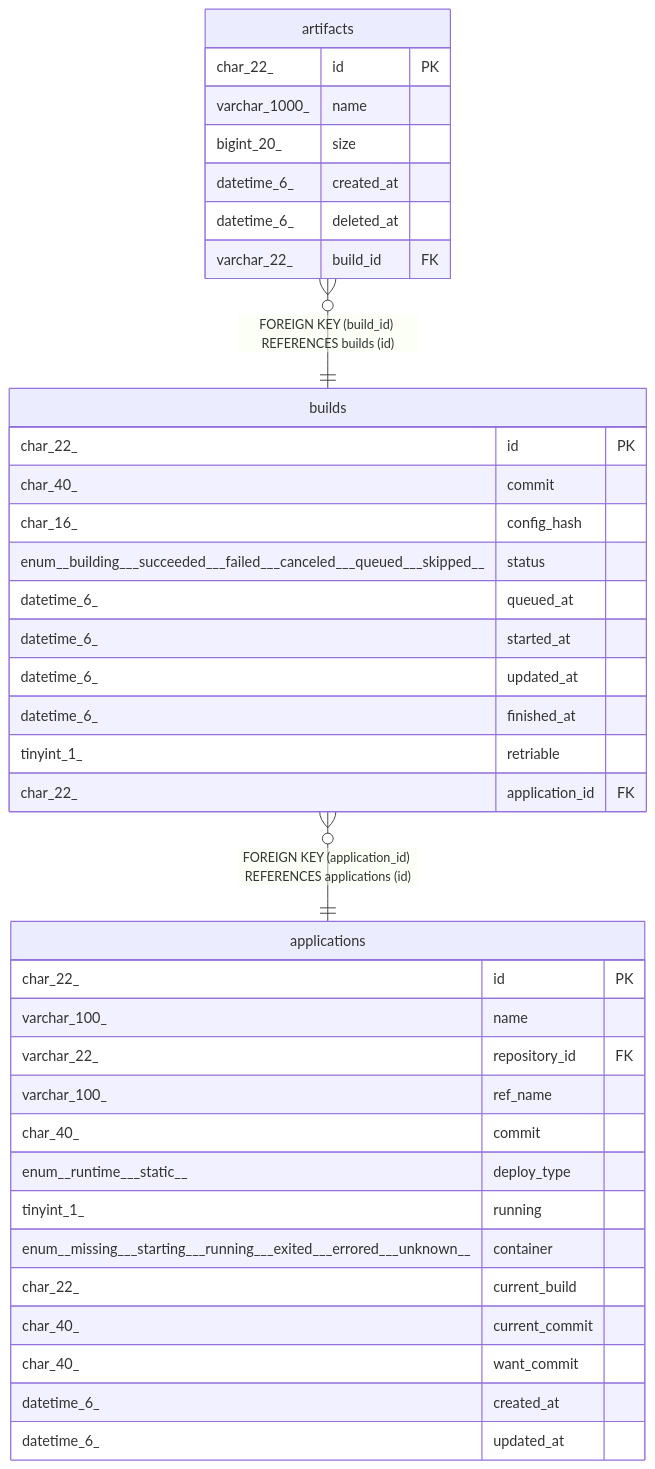
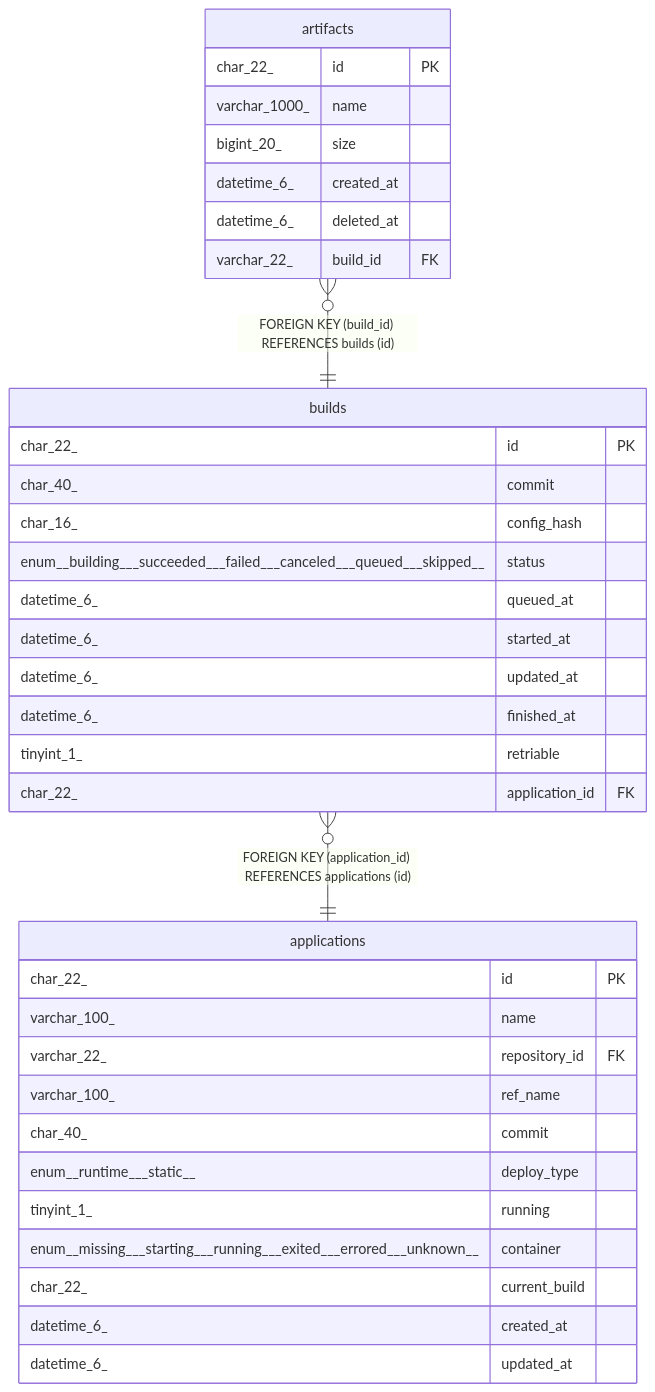
One commit to traPtitech/NeoShowcase changed the diagram in docs/dbschema/builds.md. Above: the diagram before and after it, drawn with Mermaid. The commit also changed 11 other files, not shown here.

````diff
--- a/docs/dbschema/builds.md
+++ b/docs/dbschema/builds.md
@@ -63,42 +63,40 @@
 ```mermaid
 erDiagram
 
 "artifacts" }o--|| "builds" : "FOREIGN KEY (build_id) REFERENCES builds (id)"
 "builds" }o--|| "applications" : "FOREIGN KEY (application_id) REFERENCES applications (id)"
 
 "builds" {
   char_22_ id PK
   char_40_ commit
   char_16_ config_hash
   enum__building___succeeded___failed___canceled___queued___skipped__ status
   datetime_6_ queued_at
   datetime_6_ started_at
   datetime_6_ updated_at
   datetime_6_ finished_at
   tinyint_1_ retriable
   char_22_ application_id FK
 }
 "artifacts" {
   char_22_ id PK
   varchar_1000_ name
   bigint_20_ size
   datetime_6_ created_at
   datetime_6_ deleted_at
   varchar_22_ build_id FK
 }
 "applications" {
   char_22_ id PK
   varchar_100_ name
   varchar_22_ repository_id FK
   varchar_100_ ref_name
   char_40_ commit
   enum__runtime___static__ deploy_type
   tinyint_1_ running
   enum__missing___starting___running___exited___errored___unknown__ container
   char_22_ current_build
-  char_40_ current_commit
-  char_40_ want_commit
   datetime_6_ created_at
   datetime_6_ updated_at
 }
 ```
````
